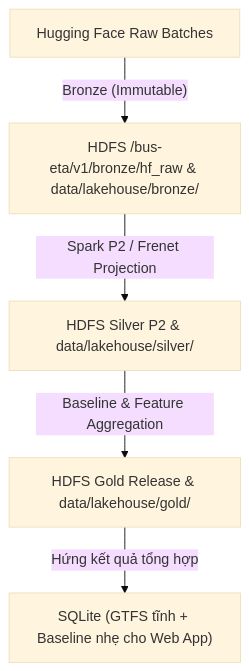
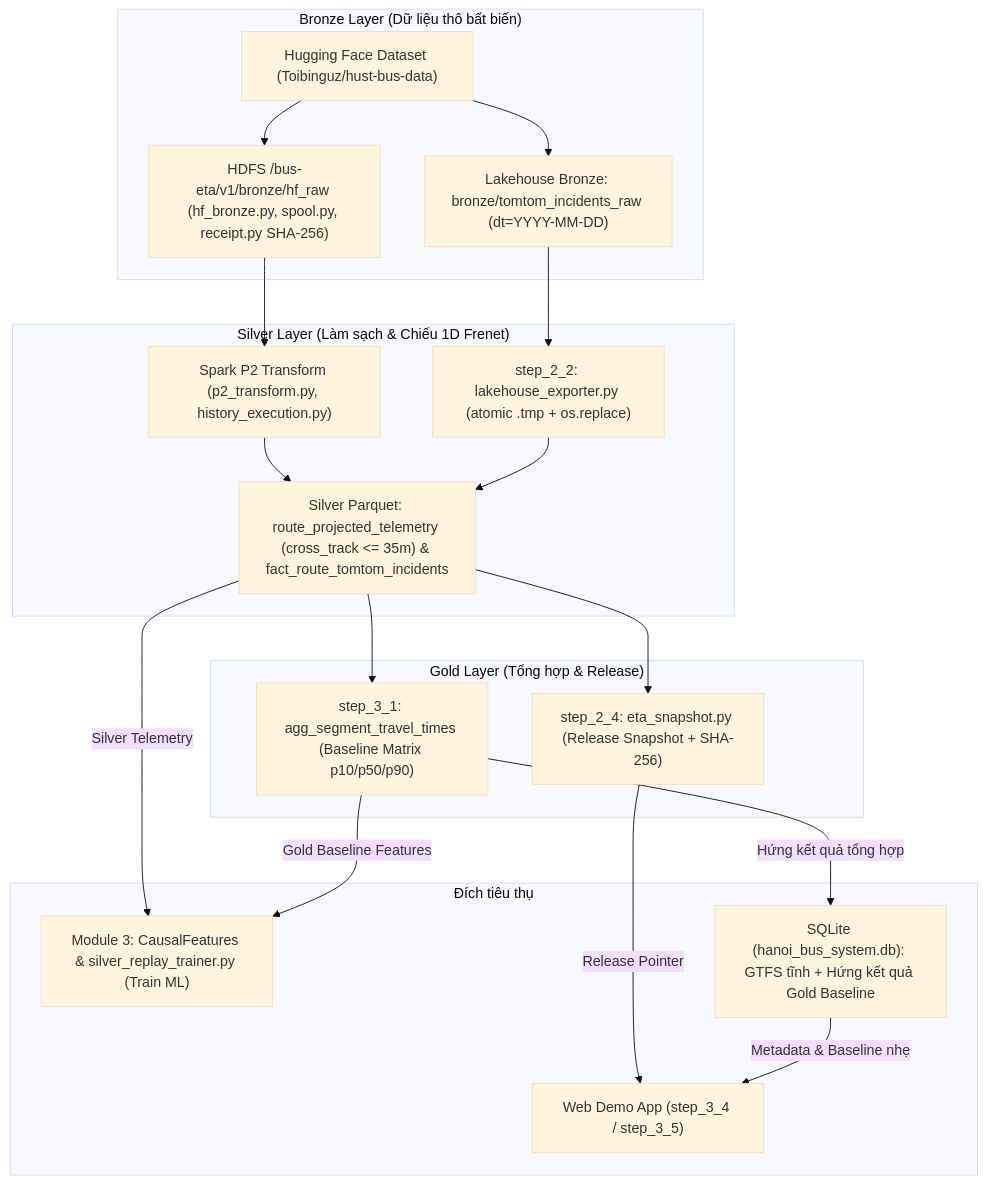
One commit to toibinguz/Bus_tracking changed the diagram in docs/HDFS_LAKEHOUSE.md. Above: the diagram before and after it, drawn with Mermaid (base theme). The commit also changed 10 other files, not shown here.

Commit message:
docs: detail all vertical Mermaid diagrams and show Gold Baseline feeding ML training

````diff
--- a/docs/HDFS_LAKEHOUSE.md
+++ b/docs/HDFS_LAKEHOUSE.md
@@ -9,7 +9,35 @@
 ```mermaid
 flowchart TD
-    HF["Hugging Face Raw Batches"] -->|"Bronze (Immutable)"| HBR["HDFS /bus-eta/v1/bronze/hf_raw & data/lakehouse/bronze/"]
-    HBR -->|"Spark P2 / Frenet Projection"| HSIL["HDFS Silver P2 & data/lakehouse/silver/"]
-    HSIL -->|"Baseline & Feature Aggregation"| HGOLD["HDFS Gold Release & data/lakehouse/gold/"]
-    HGOLD -->|"Hứng kết quả tổng hợp"| SQL["SQLite (GTFS tĩnh + Baseline nhẹ cho Web App)"]
+    subgraph BR["Bronze Layer (Dữ liệu thô bất biến)"]
+        HF["Hugging Face Dataset (Toibinguz/hust-bus-data)"]
+        HDFS_BR["HDFS /bus-eta/v1/bronze/hf_raw (hf_bronze.py, spool.py, receipt.py SHA-256)"]
+        LH_BR["Lakehouse Bronze: bronze/tomtom_incidents_raw (dt=YYYY-MM-DD)"]
+    end
+
+    subgraph SIL["Silver Layer (Làm sạch & Chiếu 1D Frenet)"]
+        P2["Spark P2 Transform (p2_transform.py, history_execution.py)"]
+        EXP["step_2_2: lakehouse_exporter.py (atomic .tmp + os.replace)"]
+        LH_SIL["Silver Parquet: route_projected_telemetry (cross_track <= 35m) & fact_route_tomtom_incidents"]
+    end
+
+    subgraph GOLD["Gold Layer (Tổng hợp & Release)"]
+        BASE["step_3_1: agg_segment_travel_times (Baseline Matrix p10/p50/p90)"]
+        SNAP["step_2_4: eta_snapshot.py (Release Snapshot + SHA-256)"]
+    end
+
+    subgraph CONS["Đích tiêu thụ"]
+        ML["Module 3: CausalFeatures & silver_replay_trainer.py (Train ML)"]
+        SQL["SQLite (hanoi_bus_system.db): GTFS tĩnh + Hứng kết quả Gold Baseline"]
+        WEB["Web Demo App (step_3_4 / step_3_5)"]
+    end
+
+    HF --> HDFS_BR --> P2 --> LH_SIL
+    HF --> LH_BR --> EXP --> LH_SIL
+    LH_SIL --> BASE
+    LH_SIL --> SNAP
+    LH_SIL -->|"Silver Telemetry"| ML
+    BASE -->|"Gold Baseline Features"| ML
+    BASE -->|"Hứng kết quả tổng hợp"| SQL
+    SNAP -->|"Release Pointer"| WEB
+    SQL -->|"Metadata & Baseline nhẹ"| WEB
 ```
````
